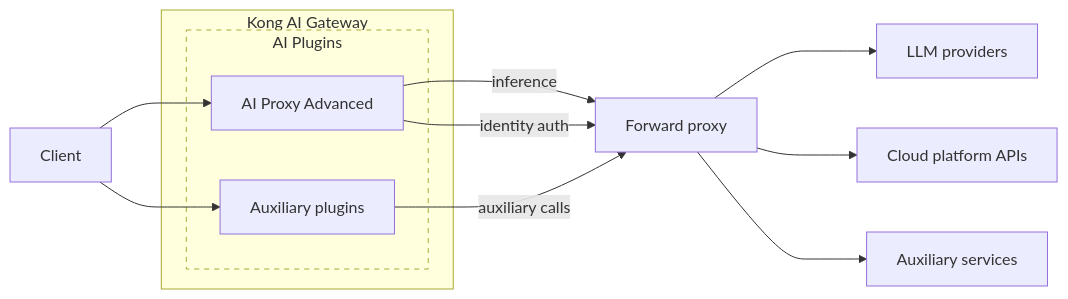
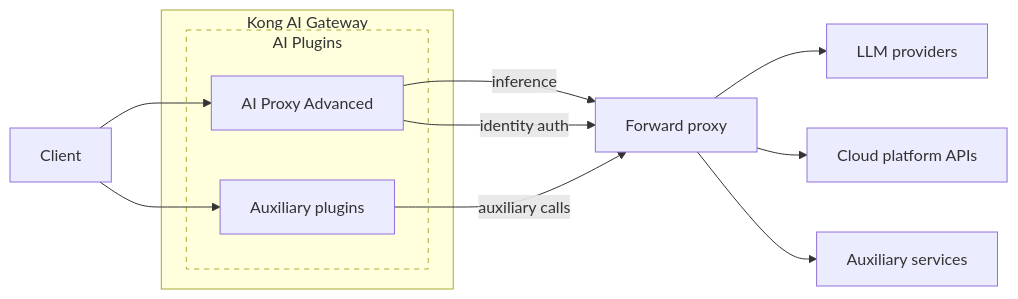
The diagram in app/ai-gateway/forward-proxy.md (Kong/developer.konghq.com), drawn with Mermaid before and after one commit. The commit also changed other lines of this file, not shown here.

```diff
--- a/app/ai-gateway/forward-proxy.md
+++ b/app/ai-gateway/forward-proxy.md
@@ -68,18 +66,18 @@
 {% mermaid %}
 flowchart LR
   Client --> AIProxy
   Client --> Aux
   subgraph Gateway_Group[Kong AI Gateway]
     subgraph Plugins[AI Plugins]
       AIProxy[AI Proxy Advanced]
       Aux[Auxiliary plugins]
     end
   end
   AIProxy -- inference --> Proxy[Forward proxy]
   AIProxy -- "identity auth" --> Proxy
   Aux -- "auxiliary calls" --> Proxy
-  Proxy ---> LLM[LLM providers]
-  Proxy ---> CloudAPI[Cloud platform APIs]
-  Proxy ---> AuxSvc[Auxiliary services]
+  Proxy --> LLM[LLM providers]
+  Proxy --> CloudAPI[Cloud platform APIs]
+  Proxy --> AuxSvc[Auxiliary services]
   style Plugins stroke-dasharray: 5 5
 {% endmermaid %}
```
